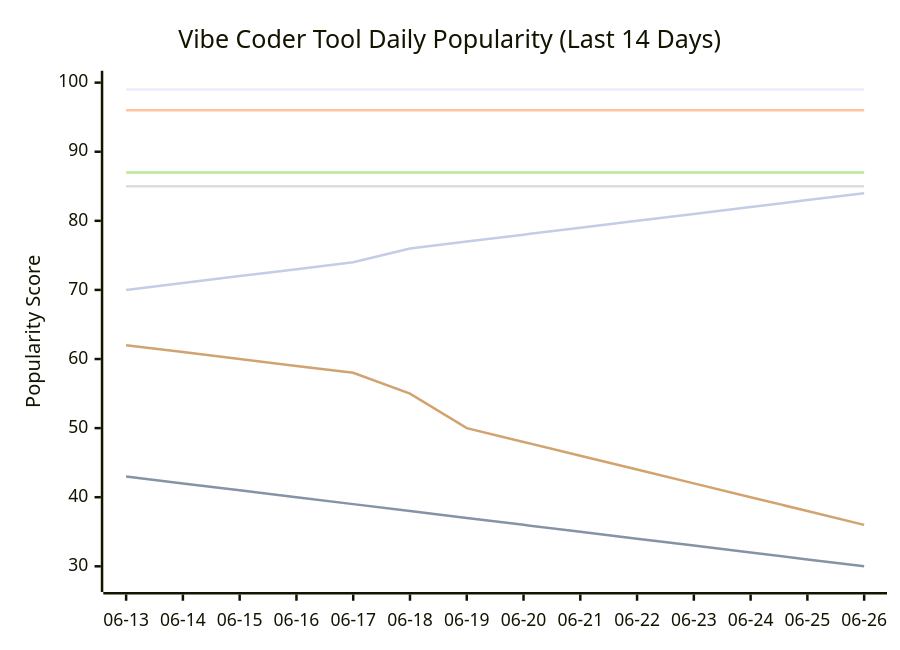
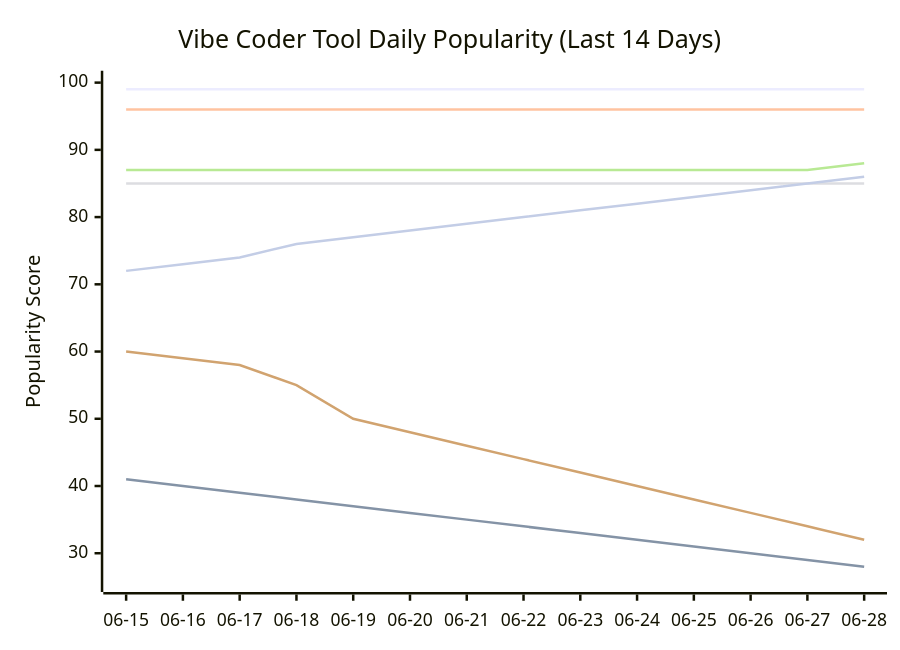
Before and after one commit to tykimos/ai-whatchelin: the seventh of 11 diagrams in README.md, drawn with Mermaid. The commit also changed other lines of this file and 4 other files, not shown here.

````diff
--- a/README.md
+++ b/README.md
@@ -1738,13 +1752,13 @@
 ```mermaid
 xychart-beta
     title "Vibe Coder Tool Daily Popularity (Last 14 Days)"
-    x-axis ["06-13", "06-14", "06-15", "06-16", "06-17", "06-18", "06-19", "06-20", "06-21", "06-22", "06-23", "06-24", "06-25", "06-26"]
-    y-axis "Popularity Score" 28 --> 100
+    x-axis ["06-15", "06-16", "06-17", "06-18", "06-19", "06-20", "06-21", "06-22", "06-23", "06-24", "06-25", "06-26", "06-27", "06-28"]
+    y-axis "Popularity Score" 26 --> 100
     line "Claude Code" [99, 99, 99, 99, 99, 99, 99, 99, 99, 99, 99, 99, 99, 99]
-    line "GH Copilot" [43, 42, 41, 40, 39, 38, 37, 36, 35, 34, 33, 32, 31, 30]
+    line "GH Copilot" [41, 40, 39, 38, 37, 36, 35, 34, 33, 32, 31, 30, 29, 28]
     line "Cursor" [96, 96, 96, 96, 96, 96, 96, 96, 96, 96, 96, 96, 96, 96]
     line "Windsurf" [85, 85, 85, 85, 85, 85, 85, 85, 85, 85, 85, 85, 85, 85]
-    line "Codex CLI" [87, 87, 87, 87, 87, 87, 87, 87, 87, 87, 87, 87, 87, 87]
-    line "Gemini CLI" [62, 61, 60, 59, 58, 55, 50, 48, 46, 44, 42, 40, 38, 36]
-    line "Antigravity" [70, 71, 72, 73, 74, 76, 77, 78, 79, 80, 81, 82, 83, 84]
+    line "Codex CLI" [87, 87, 87, 87, 87, 87, 87, 87, 87, 87, 87, 87, 87, 88]
+    line "Gemini CLI" [60, 59, 58, 55, 50, 48, 46, 44, 42, 40, 38, 36, 34, 32]
+    line "Antigravity" [72, 73, 74, 76, 77, 78, 79, 80, 81, 82, 83, 84, 85, 86]
 ```
````
